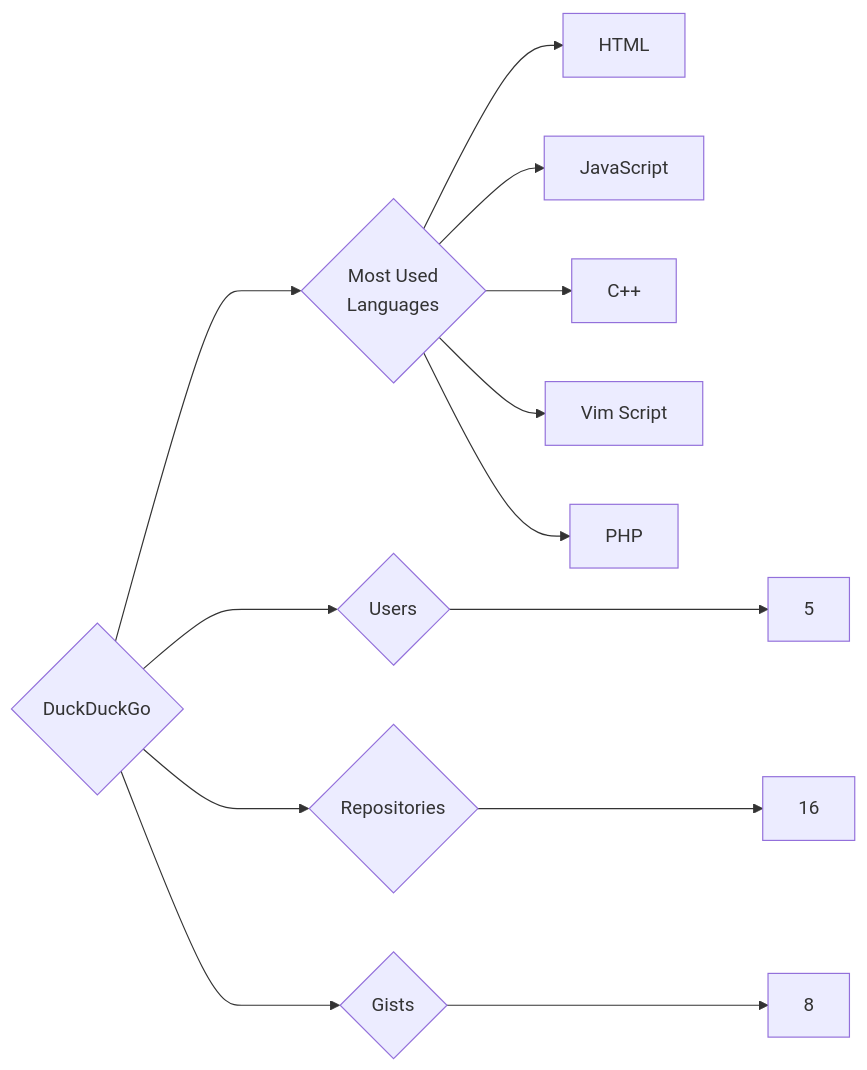
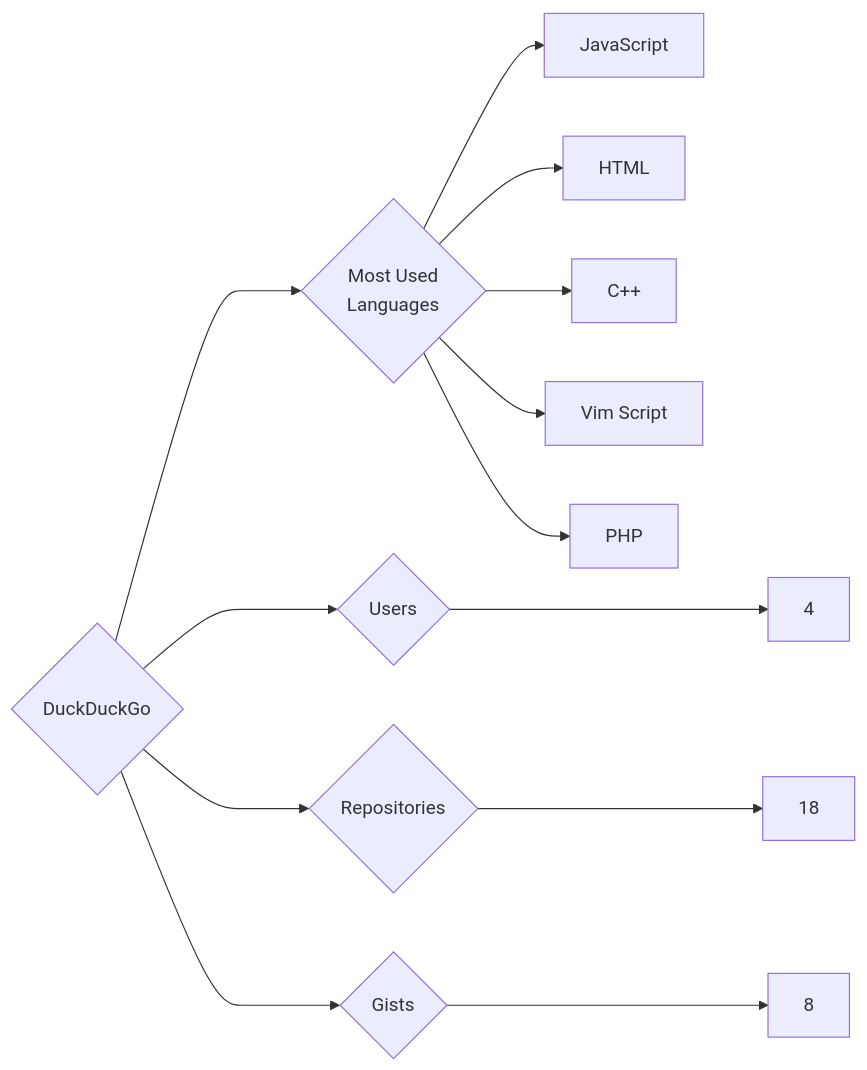
One commit to trickest/insiders changed the diagram in targets/DuckDuckGo/README.md. Above: the diagram before and after it, drawn with Mermaid. The commit also changed 993 other files, not shown here.

````diff
--- a/targets/DuckDuckGo/README.md
+++ b/targets/DuckDuckGo/README.md
@@ -3,13 +3,13 @@
 ```mermaid
 graph LR
 COMPANY_NAME{DuckDuckGo}
-COMPANY_NAME ---> U{Users} ---> UN[5]
-COMPANY_NAME ---> R{Repositories} ---> RN[16]
+COMPANY_NAME ---> U{Users} ---> UN[4]
+COMPANY_NAME ---> R{Repositories} ---> RN[18]
 COMPANY_NAME ---> G{Gists} ---> GN[8]
 COMPANY_NAME ---> ML{Most Used<br>Languages}
+ML --> JavaScript[JavaScript]
 ML --> HTML[HTML]
-ML --> JavaScript[JavaScript]
 ML --> C++[C++]
 ML --> Vim_Script[Vim Script]
 ML --> PHP[PHP]
 ```
````
